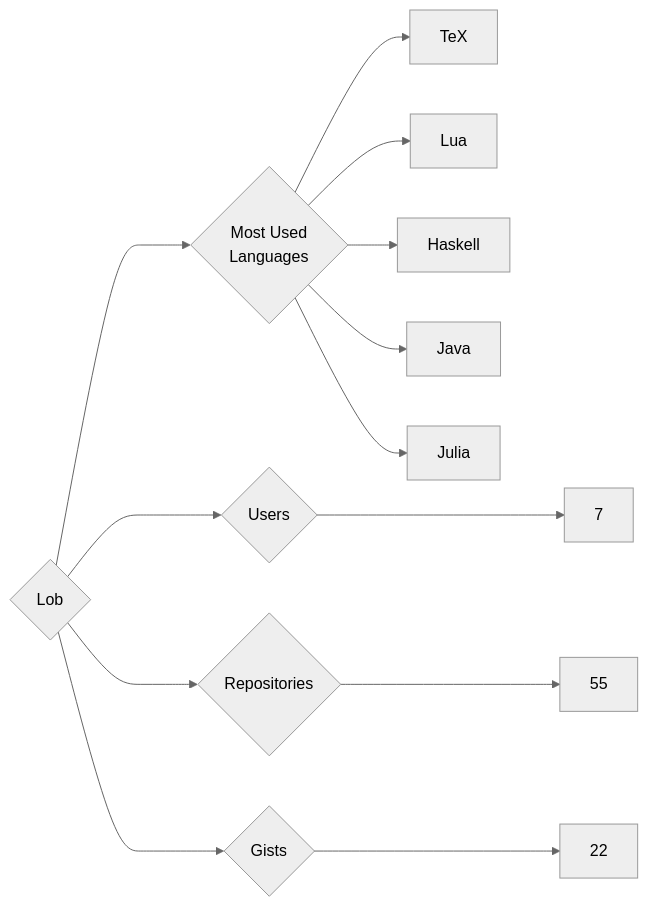
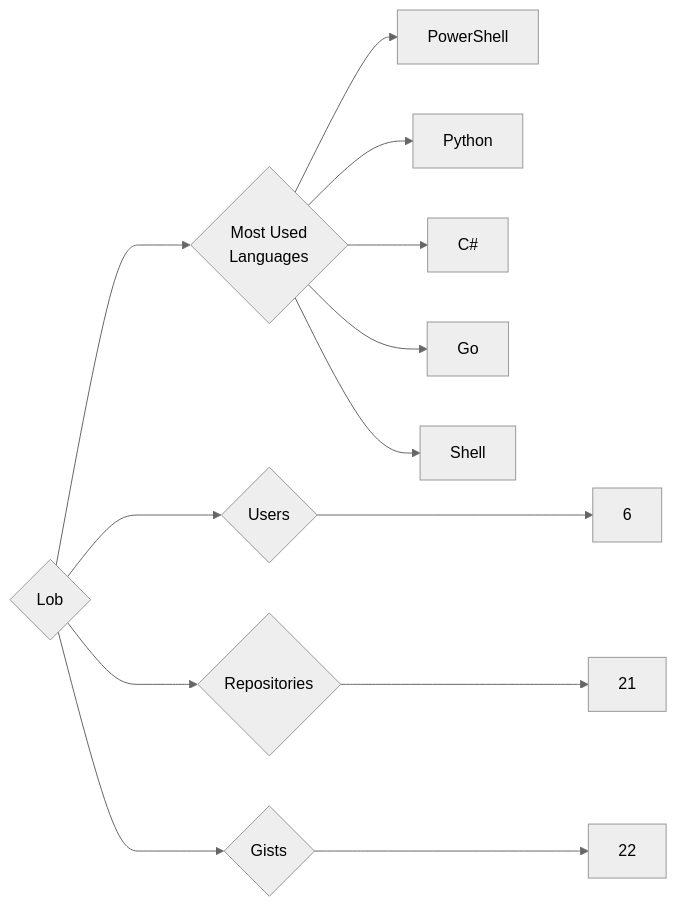
The diagram in targets/Lob/README.md (trickest/insiders), drawn with Mermaid (neutral theme) before and after one commit. The commit also changed 1248 other files, not shown here.

````diff
--- a/targets/Lob/README.md
+++ b/targets/Lob/README.md
@@ -3,13 +3,13 @@
 ```mermaid
 graph LR
 COMPANY_NAME{Lob}
-COMPANY_NAME ---> U{Users} ---> UN[7]
-COMPANY_NAME ---> R{Repositories} ---> RN[55]
+COMPANY_NAME ---> U{Users} ---> UN[6]
+COMPANY_NAME ---> R{Repositories} ---> RN[21]
 COMPANY_NAME ---> G{Gists} ---> GN[22]
 COMPANY_NAME ---> ML{Most Used<br>Languages}
-ML --> TeX[TeX]
-ML --> Lua[Lua]
-ML --> Haskell[Haskell]
-ML --> Java[Java]
-ML --> Julia[Julia]
+ML --> PowerShell[PowerShell]
+ML --> Python[Python]
+ML --> C#[C#]
+ML --> Go[Go]
+ML --> Shell[Shell]
 ```
````
